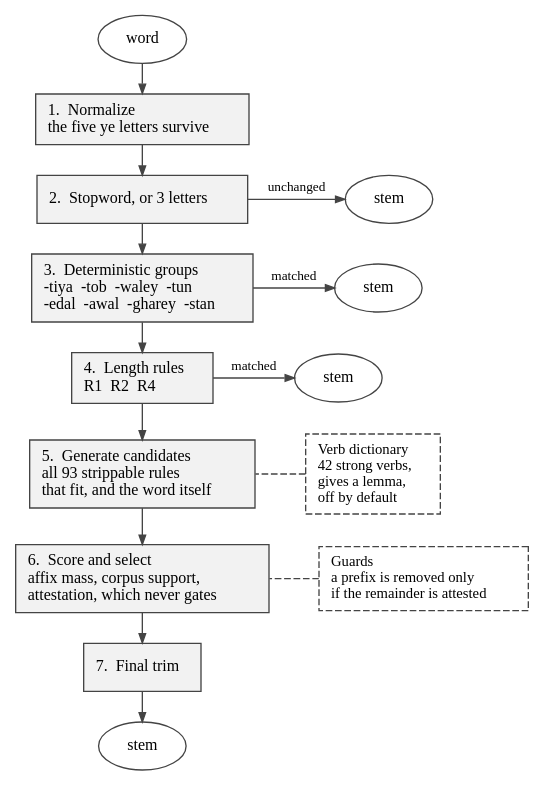
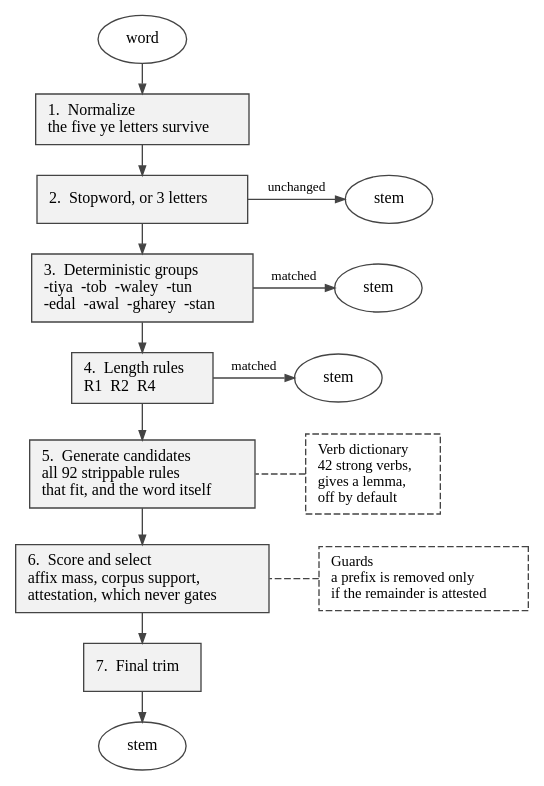
Before and after one commit to Khairullah-Ibrahim-Khail/Pashto_Stemmer: the diagram in paper/figures/pipeline.dot, drawn with Graphviz. The commit also changed 21 other files, not shown here.

```diff
--- a/paper/figures/pipeline.dot
+++ b/paper/figures/pipeline.dot
@@ -1,55 +1,55 @@
 // Figure 1 - the stemming pipeline.
 // Rendered by paper/make_figures.py into pipeline.pdf (LaTeX) and
 // pipeline.png (Word). The stage names match the branches of
 // PashtoStemmer.stem_word in pashto_stemmer/stemmer.py.
 //
 // Labels are kept short on purpose: the figure has to stay legible at the
 // width of one column, so the detail lives in the caption and in Section IV.
 // Each early exit gets its own terminal node rather than one shared node far
 // down the page, which is what keeps the edges short enough to follow.
 digraph pipeline {
     rankdir = TB;
     bgcolor = "white";
     nodesep = 0.26;
     ranksep = 0.3;
     splines = polyline;
     node [fontname="Times New Roman", fontsize=12, shape=box, style="filled",
           fillcolor="#f2f2f2", color="#444444", margin="0.13,0.08"];
     edge [fontname="Times New Roman", fontsize=10, color="#444444",
           arrowsize=0.7];
 
     word [label="word", shape=ellipse, fillcolor="#ffffff", width=0.75];
 
     norm [label="1.  Normalize\lthe five ye letters survive\l"];
     stop [label="2.  Stopword, or 3 letters\l"];
     det  [label="3.  Deterministic groups\l-tiya  -tob  -waley  -tun\l-edal  -awal  -gharey  -stan\l"];
     len  [label="4.  Length rules\lR1  R2  R4\l"];
-    gen  [label="5.  Generate candidates\lall 93 strippable rules\lthat fit, and the word itself\l"];
+    gen  [label="5.  Generate candidates\lall 92 strippable rules\lthat fit, and the word itself\l"];
     sel  [label="6.  Score and select\laffix mass, corpus support,\lattestation, which never gates\l"];
     trim [label="7.  Final trim\l"];
 
     out  [label="stem", shape=ellipse, fillcolor="#ffffff", width=0.75];
     o1   [label="stem", shape=ellipse, fillcolor="#ffffff", width=0.75];
     o2   [label="stem", shape=ellipse, fillcolor="#ffffff", width=0.75];
     o3   [label="stem", shape=ellipse, fillcolor="#ffffff", width=0.75];
 
     guard [label="Guards\la prefix is removed only\lif the remainder is attested\l",
            fillcolor="#ffffff", style="filled,dashed", fontsize=11];
     dict  [label="Verb dictionary\l42 strong verbs,\lgives a lemma,\loff by default\l",
            fillcolor="#ffffff", style="filled,dashed", fontsize=11];
 
     word -> norm -> stop -> det -> len -> gen -> sel -> trim -> out;
 
     stop -> o1 [label=" unchanged"];
     det  -> o2 [label=" matched"];
     len  -> o3 [label=" matched"];
 
     guard -> sel [style=dashed, arrowhead=none, constraint=false];
     dict  -> gen [style=dashed, arrowhead=none, constraint=false];
 
     { rank = same; stop; o1; }
     { rank = same; det;  o2; }
     { rank = same; len;  o3; }
     { rank = same; gen;  dict; }
     { rank = same; sel;  guard; }
 }
```
